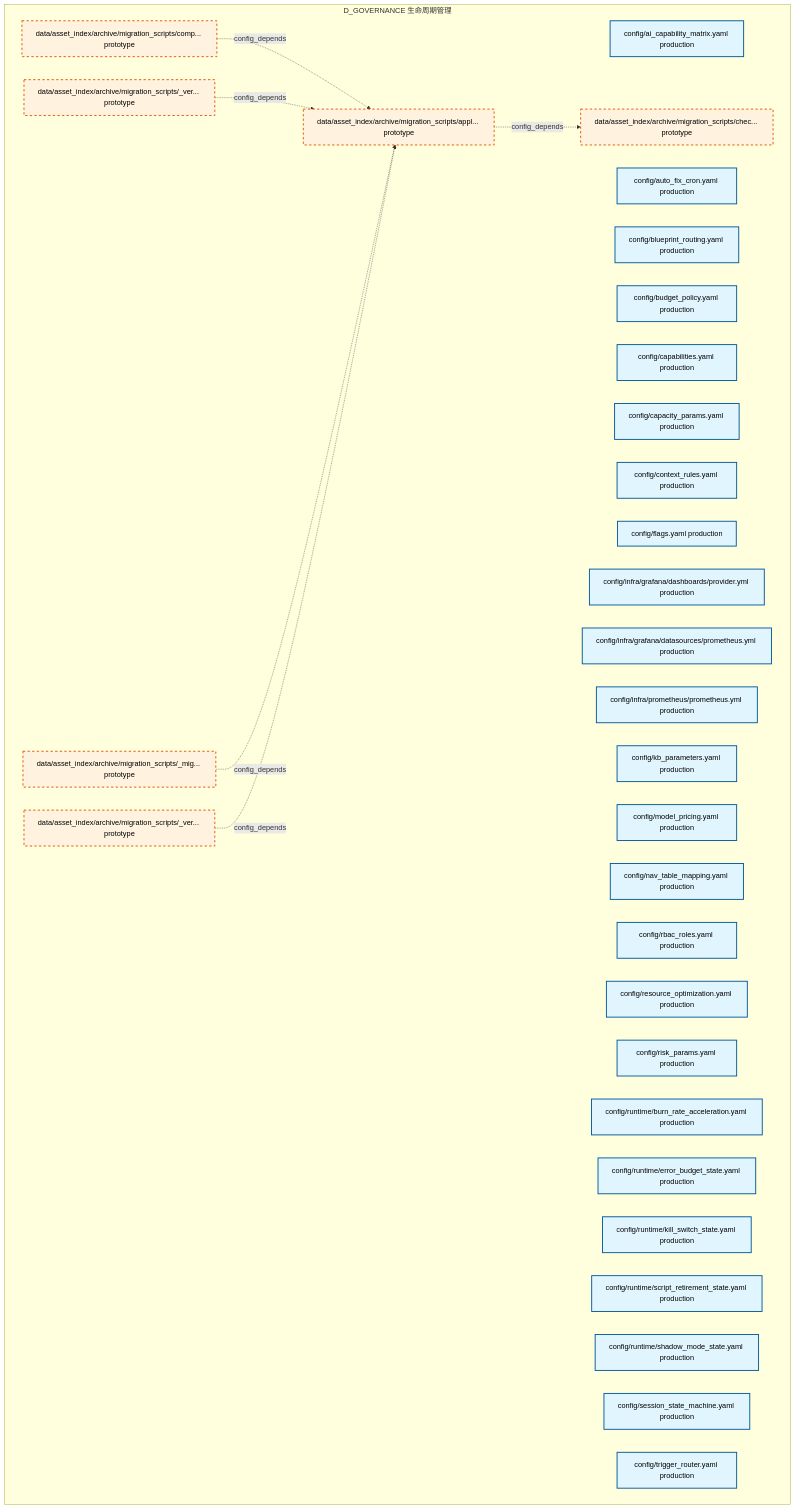
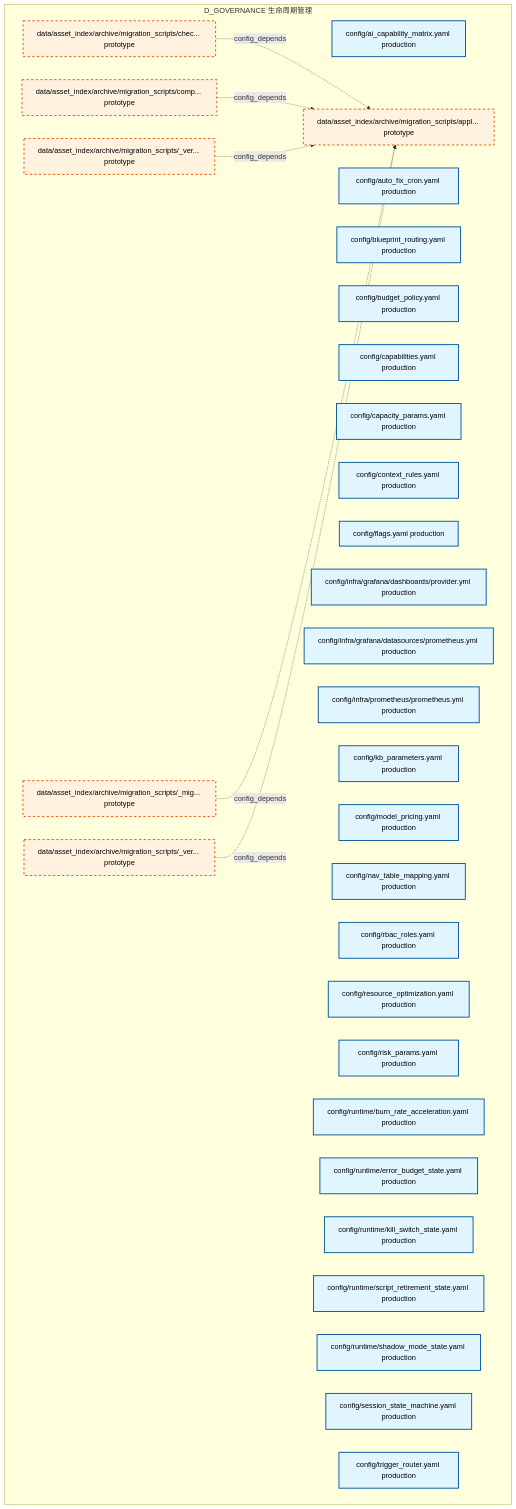
The first of 30 diagrams in docs/02_enterprise_architecture/02_domain_architecture_docs/33_d_governance.md (xuanFelixVan/ZephyrAlpha), drawn with Mermaid before and after one commit. The commit also changed other lines of this file and 60 other files, not shown here.

````diff
--- a/docs/02_enterprise_architecture/02_domain_architecture_docs/33_d_governance.md
+++ b/docs/02_enterprise_architecture/02_domain_architecture_docs/33_d_governance.md
@@ -49,46 +49,46 @@
 ```mermaid
 graph TD
     subgraph D_GOVERNANCE["D_GOVERNANCE 生命周期管理"]
         config_ai_capability_matrix_yaml["config/ai_capability_matrix.yaml production"]
         config_auto_fix_cron_yaml["config/auto_fix_cron.yaml production"]
         config_blueprint_routing_yaml["config/blueprint_routing.yaml production"]
         config_budget_policy_yaml["config/budget_policy.yaml production"]
         config_capabilities_yaml["config/capabilities.yaml production"]
         config_capacity_params_yaml["config/capacity_params.yaml production"]
         config_context_rules_yaml["config/context_rules.yaml production"]
         config_flags_yaml["config/flags.yaml production"]
         config_infra_grafana_dashboards_provider_yml["config/infra/grafana/dashboards/provider.yml production"]
         config_infra_grafana_datasources_prometheus_yml["config/infra/grafana/datasources/prometheus.yml production"]
         config_infra_prometheus_prometheus_yml["config/infra/prometheus/prometheus.yml production"]
         config_kb_parameters_yaml["config/kb_parameters.yaml production"]
         config_model_pricing_yaml["config/model_pricing.yaml production"]
         config_nav_table_mapping_yaml["config/nav_table_mapping.yaml production"]
         config_rbac_roles_yaml["config/rbac_roles.yaml production"]
         config_resource_optimization_yaml["config/resource_optimization.yaml production"]
         config_risk_params_yaml["config/risk_params.yaml production"]
         config_runtime_burn_rate_acceleration_yaml["config/runtime/burn_rate_acceleration.yaml production"]
         config_runtime_error_budget_state_yaml["config/runtime/error_budget_state.yaml production"]
         config_runtime_kill_switch_state_yaml["config/runtime/kill_switch_state.yaml production"]
         config_runtime_script_retirement_state_yaml["config/runtime/script_retirement_state.yaml production"]
         config_runtime_shadow_mode_state_yaml["config/runtime/shadow_mode_state.yaml production"]
         config_session_state_machine_yaml["config/session_state_machine.yaml production"]
         config_trigger_router_yaml["config/trigger_router.yaml production"]
         data_asset_index_archive_migration_scripts_migration_shared_py["data/asset_index/archive/migration_scripts/_mig... prototype"]
         data_asset_index_archive_migration_scripts_verify_manifest_py["data/asset_index/archive/migration_scripts/_ver... prototype"]
         data_asset_index_archive_migration_scripts_verify_step4_py["data/asset_index/archive/migration_scripts/_ver... prototype"]
         data_asset_index_archive_migration_scripts_apply_rulings_py["data/asset_index/archive/migration_scripts/appl... prototype"]
         data_asset_index_archive_migration_scripts_check_coverage_py["data/asset_index/archive/migration_scripts/chec... prototype"]
         data_asset_index_archive_migration_scripts_comprehensive_import_fix_py["data/asset_index/archive/migration_scripts/comp... prototype"]
     end
-    data_asset_index_archive_migration_scripts_apply_rulings_py -.->|config_depends| data_asset_index_archive_migration_scripts_check_coverage_py
+    data_asset_index_archive_migration_scripts_check_coverage_py -.->|config_depends| data_asset_index_archive_migration_scripts_apply_rulings_py
     data_asset_index_archive_migration_scripts_comprehensive_import_fix_py -.->|config_depends| data_asset_index_archive_migration_scripts_apply_rulings_py
+    data_asset_index_archive_migration_scripts_verify_step4_py -.->|config_depends| data_asset_index_archive_migration_scripts_apply_rulings_py
+    data_asset_index_archive_migration_scripts_migration_shared_py -.->|config_depends| data_asset_index_archive_migration_scripts_apply_rulings_py
     data_asset_index_archive_migration_scripts_verify_manifest_py -.->|config_depends| data_asset_index_archive_migration_scripts_apply_rulings_py
-    data_asset_index_archive_migration_scripts_migration_shared_py -.->|config_depends| data_asset_index_archive_migration_scripts_apply_rulings_py
-    data_asset_index_archive_migration_scripts_verify_step4_py -.->|config_depends| data_asset_index_archive_migration_scripts_apply_rulings_py
     classDef production fill:#e1f5fe,stroke:#01579b,stroke-width:2px,color:#000
     classDef design fill:#fff3e0,stroke:#e65100,stroke-width:2px,color:#000,stroke-dasharray: 5 5
     classDef external_prod fill:#e8f5e9,stroke:#1b5e20,stroke-width:1px,color:#000
     classDef external_design fill:#fce4ec,stroke:#880e4f,stroke-width:1px,color:#000,stroke-dasharray: 5 5
     class config_ai_capability_matrix_yaml,config_auto_fix_cron_yaml,config_blueprint_routing_yaml,config_budget_policy_yaml,config_capabilities_yaml,config_capacity_params_yaml,config_context_rules_yaml,config_flags_yaml,config_infra_grafana_dashboards_provider_yml,config_infra_grafana_datasources_prometheus_yml,config_infra_prometheus_prometheus_yml,config_kb_parameters_yaml,config_model_pricing_yaml,config_nav_table_mapping_yaml,config_rbac_roles_yaml,config_resource_optimization_yaml,config_risk_params_yaml,config_runtime_burn_rate_acceleration_yaml,config_runtime_error_budget_state_yaml,config_runtime_kill_switch_state_yaml,config_runtime_script_retirement_state_yaml,config_runtime_shadow_mode_state_yaml,config_session_state_machine_yaml,config_trigger_router_yaml production
     class data_asset_index_archive_migration_scripts_migration_shared_py,data_asset_index_archive_migration_scripts_verify_manifest_py,data_asset_index_archive_migration_scripts_verify_step4_py,data_asset_index_archive_migration_scripts_apply_rulings_py,data_asset_index_archive_migration_scripts_check_coverage_py,data_asset_index_archive_migration_scripts_comprehensive_import_fix_py design
 ```
````
